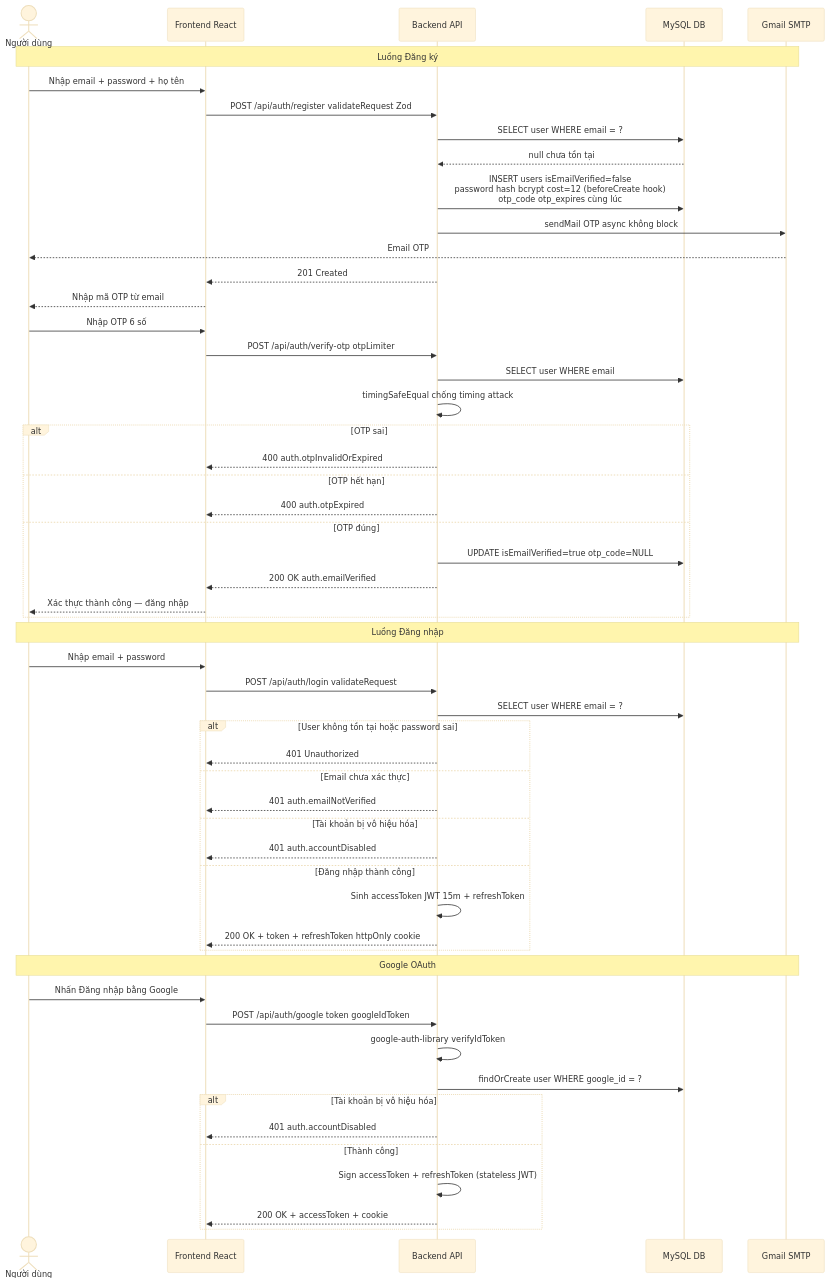
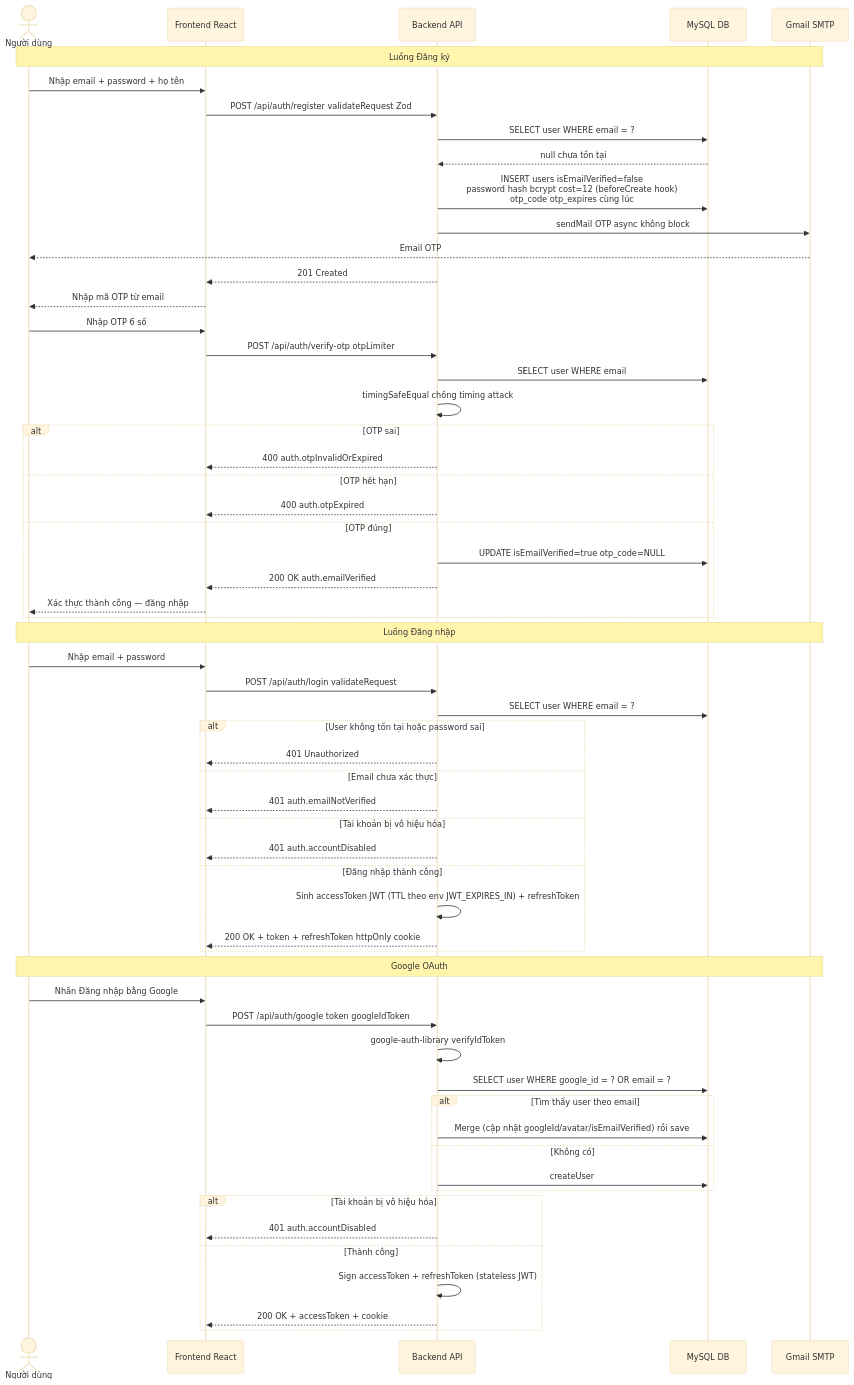
Diagram 24 of 47 in DIAGRAMS.md (MinhThang1009/E-commerce-website), drawn with Mermaid (base theme) before and after one commit. The commit also changed other lines of this file and 9 other files, not shown here.

First line of the commit message:
docs: đồng bộ tài liệu RAG pipeline + diagram với codebase

````diff
--- a/DIAGRAMS.md
+++ b/DIAGRAMS.md
@@ -708,64 +708,69 @@
 ```mermaid
 sequenceDiagram
     actor User as Người dùng
     participant FE as Frontend React
     participant API as Backend API
     participant DB as MySQL DB
     participant Mail as Gmail SMTP
 
     Note over User,Mail: Luồng Đăng ký
 
     User->>FE: Nhập email + password + họ tên
     FE->>API: POST /api/auth/register validateRequest Zod
     API->>DB: SELECT user WHERE email = ?
     DB-->>API: null chưa tồn tại
     API->>DB: INSERT users isEmailVerified=false<br/>password hash bcrypt cost=12 (beforeCreate hook)<br/>otp_code otp_expires cùng lúc
     API->>Mail: sendMail OTP async không block
     Mail-->>User: Email OTP
     API-->>FE: 201 Created
     FE-->>User: Nhập mã OTP từ email
 
     User->>FE: Nhập OTP 6 số
     FE->>API: POST /api/auth/verify-otp otpLimiter
     API->>DB: SELECT user WHERE email
     API->>API: timingSafeEqual chống timing attack
     alt OTP sai
         API-->>FE: 400 auth.otpInvalidOrExpired
     else OTP hết hạn
         API-->>FE: 400 auth.otpExpired
     else OTP đúng
         API->>DB: UPDATE isEmailVerified=true otp_code=NULL
         API-->>FE: 200 OK auth.emailVerified
         FE-->>User: Xác thực thành công — đăng nhập
     end
 
     Note over User,Mail: Luồng Đăng nhập
 
     User->>FE: Nhập email + password
     FE->>API: POST /api/auth/login validateRequest
     API->>DB: SELECT user WHERE email = ?
 
     alt User không tồn tại hoặc password sai
         API-->>FE: 401 Unauthorized
     else Email chưa xác thực
         API-->>FE: 401 auth.emailNotVerified
     else Tài khoản bị vô hiệu hóa
         API-->>FE: 401 auth.accountDisabled
     else Đăng nhập thành công
-        API->>API: Sinh accessToken JWT 15m + refreshToken
+        API->>API: Sinh accessToken JWT (TTL theo env JWT_EXPIRES_IN) + refreshToken
         API-->>FE: 200 OK + token + refreshToken httpOnly cookie
     end
 
     Note over User,Mail: Google OAuth
 
     User->>FE: Nhấn Đăng nhập bằng Google
     FE->>API: POST /api/auth/google token googleIdToken
     API->>API: google-auth-library verifyIdToken
-    API->>DB: findOrCreate user WHERE google_id = ?
+    API->>DB: SELECT user WHERE google_id = ? OR email = ?
+    alt Tìm thấy user theo email
+        API->>DB: Merge (cập nhật googleId/avatar/isEmailVerified) rồi save
+    else Không có
+        API->>DB: createUser
+    end
     alt Tài khoản bị vô hiệu hóa
         API-->>FE: 401 auth.accountDisabled
     else Thành công
         API->>API: Sign accessToken + refreshToken (stateless JWT)
         API-->>FE: 200 OK + accessToken + cookie
     end
 ```
````
